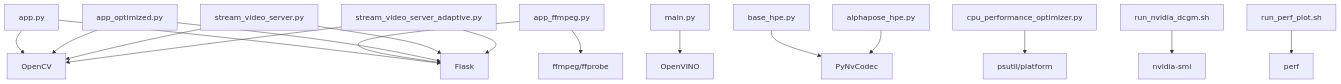
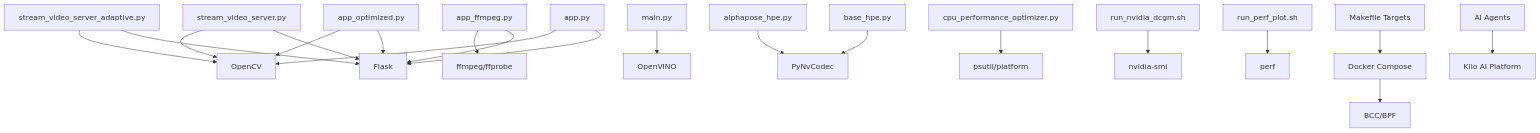
Before and after one commit to Fogus-Gr/MeasurementsDTs: diagram 11 of 11 in .qoder/repowiki/en/content/Development Tools/Development Tools.md, drawn with Mermaid. The commit also changed other lines of this file and 10 other files, not shown here.

````diff
--- a/.qoder/repowiki/en/content/Development Tools/Development Tools.md
+++ b/.qoder/repowiki/en/content/Development Tools/Development Tools.md
@@ -456,27 +623,35 @@
 ```mermaid
 graph TB
 Flask["Flask"]
 OpenCV["OpenCV"]
 FFmpeg["ffmpeg/ffprobe"]
 OpenVINO["OpenVINO"]
 PyNvCodec["PyNvCodec"]
 PSUtil["psutil/platform"]
 DCGM["nvidia-smi"]
 Perf["perf"]
+BCC["BCC/BPF"]
+Docker["Docker Compose"]
+Make["Makefile Targets"]
+AI["AI Agents"]
+Kilo["Kilo AI Platform"]
 app_py["app.py"] --> Flask
 app_py --> OpenCV
 app_ffmpeg["app_ffmpeg.py"] --> Flask
 app_ffmpeg --> FFmpeg
 app_optimized["app_optimized.py"] --> Flask
 app_optimized --> OpenCV
 stream_dev["stream_video_server.py"] --> Flask
 stream_dev --> OpenCV
 stream_adapt["stream_video_server_adaptive.py"] --> Flask
 stream_adapt --> OpenCV
 main_mod["main.py"] --> OpenVINO
 base_hpe["base_hpe.py"] --> PyNvCodec
 alphapose_hpe["alphapose_hpe.py"] --> PyNvCodec
 cpu_opt["cpu_performance_optimizer.py"] --> PSUtil
 prof_gpu["run_nvidia_dcgm.sh"] --> DCGM
 prof_cpu["run_perf_plot.sh"] --> Perf
+Make --> Docker
+Docker --> BCC
+AI --> Kilo
 ```
````
